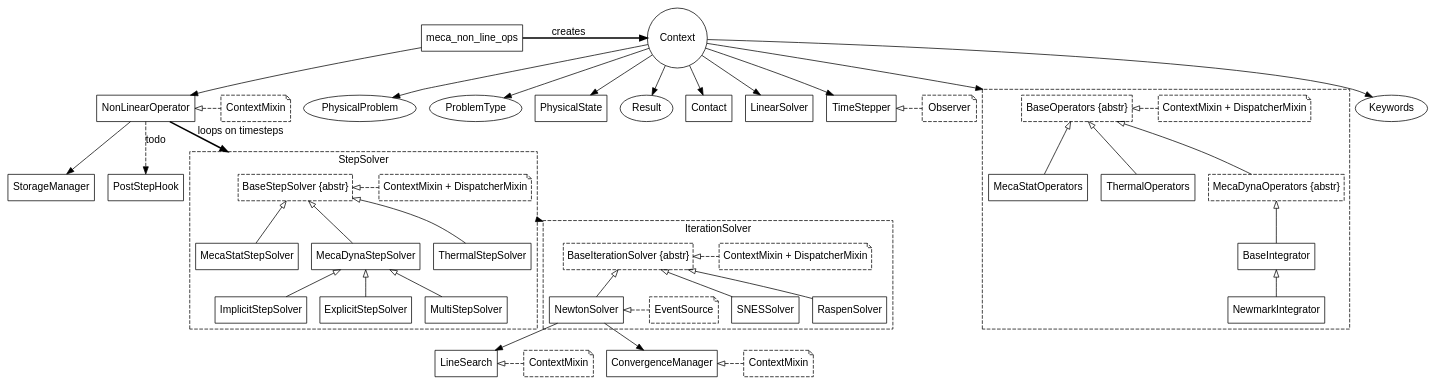
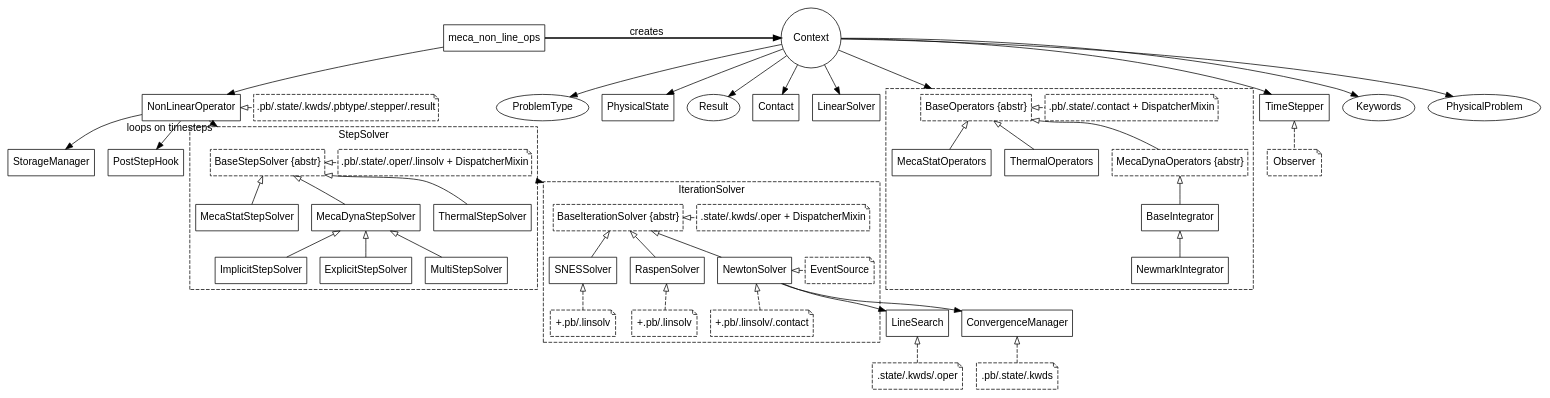
Before and after one commit to Krande/code-aster-copy: the diagram in doc/img/mnl.dot, drawn with Graphviz. The commit also changed 1 other file, not shown here.

Commit message:
[#34400] doc: explicit context access

```diff
--- a/doc/img/mnl.dot
+++ b/doc/img/mnl.dot
@@ -1,160 +1,171 @@
 digraph MNL {
     compound = "true";
     // global+several pointers: circle
     // mixin: note, dashed
     // abstract: ' {abstr}', dashed
     labelloc = "t";
     // rankdir = "LR";
     fontname = "Helvetica,Arial,sans-serif";
     node [fontname = "Helvetica,Arial,sans-serif"; shape = "box";];
     edge [fontname = "Helvetica,Arial,sans-serif";];
     
     subgraph bases {
         keywords [label = "Keywords";shape = "ellipse";];
         problem [label = "PhysicalProblem";shape = "ellipse";];
         type [label = "ProblemType";shape = "ellipse";];
         state [label = "PhysicalState";];
         result [label = "Result";shape = "ellipse";];
         contact [label = "Contact";];
         linsolv [label = "LinearSolver";];
         context [label = "Context";shape = "circle";];
         timestepper [label = "TimeStepper";];
         
         context -> problem;
         context -> type;
         context -> keywords;
         context -> state;
         context -> result;
         context -> timestepper;
         context -> operators [lhead = cluster_operators;];
         context -> contact;
         context -> linsolv;
     }
     
     mnl [label = "meca_non_line_ops";];
     subgraph {
         rank = "same";
         nl_operator [label = "NonLinearOperator";];
-        mixin_pb [label = "ContextMixin";style = "dashed";shape = "note";];
+        mixin_pb [label = ".pb/.state/.kwds/.pbtype/.stepper/.result";style = "dashed";shape = "note";];
         nl_operator -> mixin_pb [dir = "back"; style = "dashed"; arrowtail = "empty";];
     }
     storage [label = "StorageManager";];
     hook [label = "PostStepHook";];
     
     observ [label = "Observer";style = "dashed";shape = "note";];
     
     subgraph cluster_operators {
         subgraph {
             rank = "same";
             operators [label = "BaseOperators {abstr}";style = "dashed";];
-            mixin_oper [label = "ContextMixin + DispatcherMixin";style = "dashed";shape = "note";];
+            mixin_oper [label = ".pb/.state/.contact + DispatcherMixin";style = "dashed";shape = "note";];
             operators -> mixin_oper [dir = "back"; style = "dashed"; arrowtail = "empty";];
         }
         style = "dashed";
         subgraph {
             rank = "same";
             statopers [label = "MecaStatOperators";];
             theropers [label = "ThermalOperators";];
             dynopers [label = "MecaDynaOperators {abstr}";style = "dashed";];
         }
         integr [label = BaseIntegrator;];
         newmark [label = NewmarkIntegrator;];
         
         // subclasses
         operators -> statopers [dir = "back"; arrowtail = "empty";];
         operators -> dynopers [dir = "back"; arrowtail = "empty";];
         operators -> theropers [dir = "back"; arrowtail = "empty";];
         
         dynopers -> integr [dir = "back"; arrowtail = "empty";];
         integr -> newmark [dir = "back"; arrowtail = "empty";];
     }
     
     subgraph cluster_stepsolv {
         label = "StepSolver";
         style = "dashed";
         subgraph {
             rank = "same";
             mecastat [label = "MecaStatStepSolver";];
             mecadyn [label = "MecaDynaStepSolver";];
             ther [label = "ThermalStepSolver";];
         }
         subgraph {
             rank = "same";
             stepsolv [label = "BaseStepSolver {abstr}";style = "dashed";];
-            mixin_step [label = "ContextMixin + DispatcherMixin";style = "dashed";shape = "note";];
+            mixin_step [label = ".pb/.state/.oper/.linsolv + DispatcherMixin";style = "dashed";shape = "note";];
             stepsolv -> mixin_step [dir = "back"; style = "dashed"; arrowtail = "empty";];
         }
         // subclasses
         stepsolv -> mecastat [dir = "back"; arrowtail = "empty";];
         stepsolv -> mecadyn [dir = "back"; arrowtail = "empty";];
         stepsolv -> ther [dir = "back"; arrowtail = "empty";];
         
         implicit [label = "ImplicitStepSolver";];
         explicit [label = "ExplicitStepSolver";];
         multi [label = "MultiStepSolver";];
         
         // subclasses
         mecadyn -> implicit [dir = "back"; arrowtail = "empty";];
         mecadyn -> explicit [dir = "back"; arrowtail = "empty";];
         mecadyn -> multi [dir = "back"; arrowtail = "empty";];
     }
     
     subgraph cluster_iter_solv {
         label = IterationSolver;
         style = "dashed";
         subgraph {
             rank = "same";
             iter_solver [label = "BaseIterationSolver {abstr}";style = "dashed";];
-            mixin_iter [label = "ContextMixin + DispatcherMixin";style = "dashed";shape = "note";];
+            mixin_iter [label = ".state/.kwds/.oper + DispatcherMixin";style = "dashed";shape = "note";];
             iter_solver -> mixin_iter [dir = "back"; style = "dashed"; arrowtail = "empty";];
         }
         // [style = invis]
         subgraph {
             rank = "same";
             newton [label = "NewtonSolver";];
             event [label = "EventSource";style = "dashed";shape = "note";];
             newton -> event [dir = "back"; style = "dashed"; arrowtail = "empty";];
         }
-        snes [label = "SNESSolver";];
-        raspen [label = "RaspenSolver";];
-        
+        subgraph {
+            snes [label = "SNESSolver";];
+            mixin_snes [label = "+.pb/.linsolv";style = "dashed";shape = "note";];
+            snes -> mixin_snes [dir = "back"; style = "dashed"; arrowtail = "empty";];
+        }
+        subgraph {
+            raspen [label = "RaspenSolver";];
+            mixin_rasp [label = "+.pb/.linsolv";style = "dashed";shape = "note";];
+            raspen -> mixin_rasp [dir = "back"; style = "dashed"; arrowtail = "empty";];
+        }
+        subgraph {
+            mixin_newt [label = "+.pb/.linsolv/.contact";style = "dashed";shape = "note";];
+            newton -> mixin_newt [dir = "back"; style = "dashed"; arrowtail = "empty";];
+        }
         iter_solver -> newton [dir = "back"; arrowtail = "empty";];
         iter_solver -> snes [dir = "back"; arrowtail = "empty";];
         iter_solver -> raspen [dir = "back"; arrowtail = "empty";];
     }
     
     mnl -> nl_operator;
     subgraph {
         rank = "same";
         mnl -> context [xlabel = "creates"; style = "bold";];
     }
     nl_operator -> storage;
-    nl_operator -> stepsolv [xlabel = "loops on timesteps"; lhead = cluster_stepsolv; style = "bold";];
-    nl_operator -> hook [label = "todo"; style = "dashed";];
+    nl_operator -> stepsolv [xlabel = "loops on timesteps"; lhead = cluster_stepsolv;];
+    nl_operator -> hook;
     
     stepsolv -> iter_solver [ltail = cluster_stepsolv; lhead = cluster_iter_solv;];
+    
+    subgraph {
+        // rank = "same";
+        linesearch [label = "LineSearch";];
+        mixin_line [label = ".state/.kwds/.oper";style = "dashed";shape = "note";];
+        linesearch -> mixin_line [dir = "back"; style = "dashed"; arrowtail = "empty";];
+    }
+    
+    subgraph {
+        // rank = "same";
+        conv_manager [label = "ConvergenceManager";];
+        mixin_conv [label = ".pb/.state/.kwds";style = "dashed";shape = "note";];
+        conv_manager -> mixin_conv [dir = "back"; style = "dashed"; arrowtail = "empty";];
+    }
     
     newton -> linesearch;
     newton -> conv_manager;
     
     subgraph {
-        rank = "same";
-        linesearch [label = "LineSearch";];
-        mixin_line [label = "ContextMixin";style = "dashed";shape = "note";];
-        linesearch -> mixin_line [dir = "back"; style = "dashed"; arrowtail = "empty";];
-    }
-    
-    subgraph {
-        rank = "same";
-        conv_manager [label = "ConvergenceManager";];
-        mixin_conv [label = "ContextMixin";style = "dashed";shape = "note";];
-        conv_manager -> mixin_conv [dir = "back"; style = "dashed"; arrowtail = "empty";];
-    }
-    
-    subgraph {
-        rank = "same";
+        // rank = "same";
         timestepper -> observ [dir = "back"; style = "dashed"; arrowtail = "empty";];
     }
     // placement
     // timestepper -> stepsolv [style = "invis";];
 }
```
